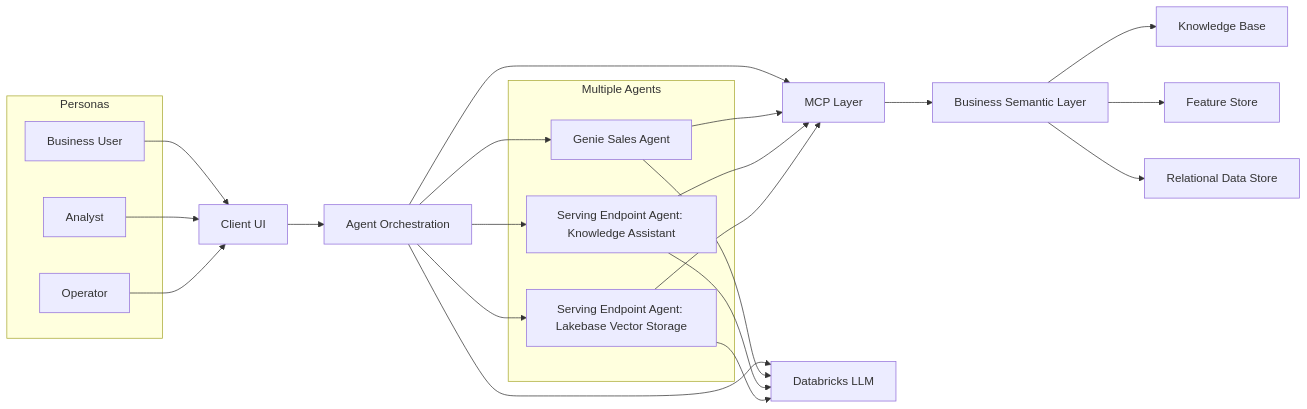
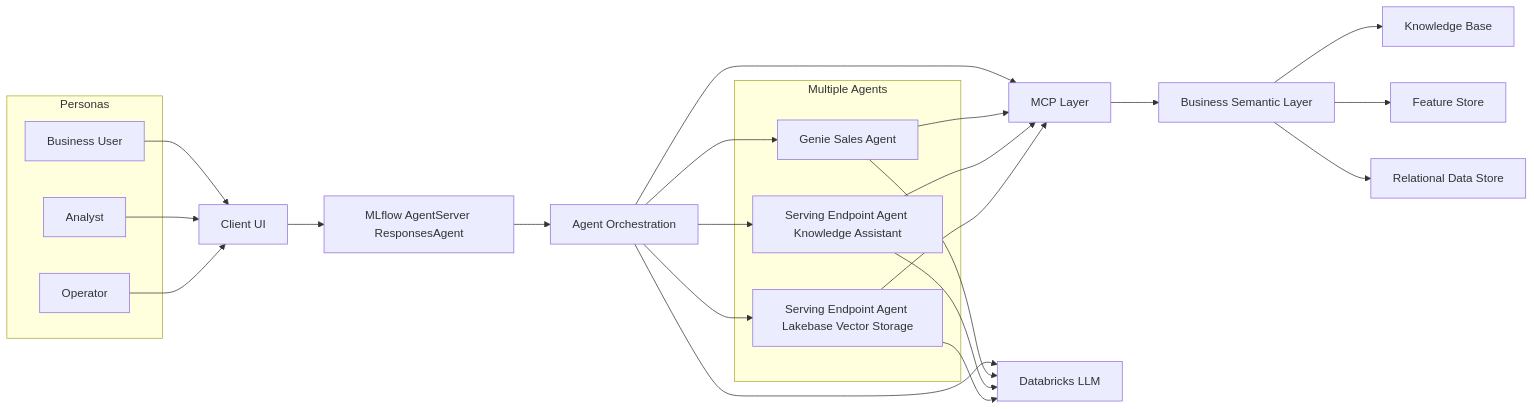
One commit to wchen-dea/Multi-Agent-App-On-Databricks changed the diagram in README.md. Above: the diagram before and after it, drawn with Mermaid. The commit also changed 1 other file, not shown here.

Commit message:
code review

````diff
--- a/README.md
+++ b/README.md
@@ -41,48 +41,50 @@
 ```mermaid
 flowchart LR
   subgraph Personas[Personas]
     U1[Business User]
     U2[Analyst]
     U3[Operator]
   end
 
   UI[Client UI]
+  AS[MLflow AgentServer ResponsesAgent]
   ORCH[Agent Orchestration]
   MCP[MCP Layer]
   LLM[Databricks LLM]
 
   subgraph Agents[Multiple Agents]
     A1[Genie Sales Agent]
-    A2[Serving Endpoint Agent: Knowledge Assistant]
-    A3[Serving Endpoint Agent: Lakebase Vector Storage]
+    A2[Serving Endpoint Agent Knowledge Assistant]
+    A3[Serving Endpoint Agent Lakebase Vector Storage]
   end
 
   SEM[Business Semantic Layer]
   KB[Knowledge Base]
   FS[Feature Store]
   RDS[Relational Data Store]
 
   U1 --> UI
   U2 --> UI
   U3 --> UI
 
-  UI --> ORCH
+  UI --> AS
+  AS --> ORCH
   ORCH --> A1
   ORCH --> A2
   ORCH --> A3
 
   ORCH --> LLM
   A1 --> LLM
   A2 --> LLM
   A3 --> LLM
 
   ORCH --> MCP
   A1 --> MCP
   A2 --> MCP
   A3 --> MCP
 
   MCP --> SEM
   SEM --> KB
   SEM --> FS
   SEM --> RDS
 ```
````
